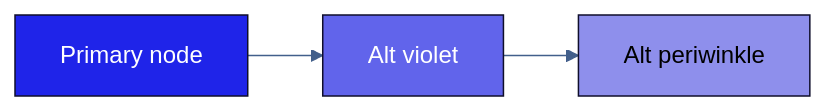
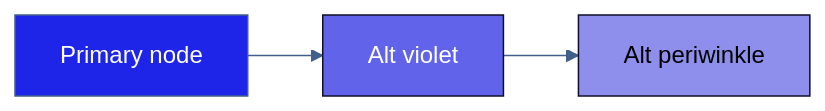
The diagram in shared/elevate-theme/elevate-mermaid.md (gino1902/chief-of-droids), drawn with Mermaid before and after one commit. The commit also changed other lines of this file, not shown here.

Commit message:
shared: update nodeBorder to accent4 steel blue in elevate-mermaid.md

````diff
--- a/shared/elevate-theme/elevate-mermaid.md
+++ b/shared/elevate-theme/elevate-mermaid.md
@@ -82,29 +83,29 @@
 ```mermaid
 %%{init: {
   "theme": "base",
   "themeVariables": {
     "primaryColor":       "#1F24E9",
     "primaryTextColor":   "#FFFFFF",
     "primaryBorderColor": "#0F0E2B",
     "secondaryColor":     "#6DA5FF",
     "secondaryTextColor": "#000000",
     "tertiaryColor":      "#C5D8F6",
     "tertiaryTextColor":  "#000000",
     "lineColor":          "#425F8B",
     "textColor":          "#000000",
     "background":         "#FFFFFF",
-    "nodeBorder":         "#0F0E2B",
+    "nodeBorder":         "#425F8B",
     "clusterBkg":         "#FFFAF0",
     "titleColor":         "#1F24E9",
     "edgeLabelBackground":"#FFFAF0",
     "fontFamily":         "TWK Everett Light, system-ui, sans-serif"
   }
 }}%%
 flowchart LR
   classDef alt5 fill:#6164EB,color:#FFFFFF,stroke:#0F0E2B
   classDef alt6 fill:#8E8FEC,color:#000000,stroke:#0F0E2B
   A[Primary node]
   B[Alt violet]:::alt5
   C[Alt periwinkle]:::alt6
   A --> B --> C
 ```
````
